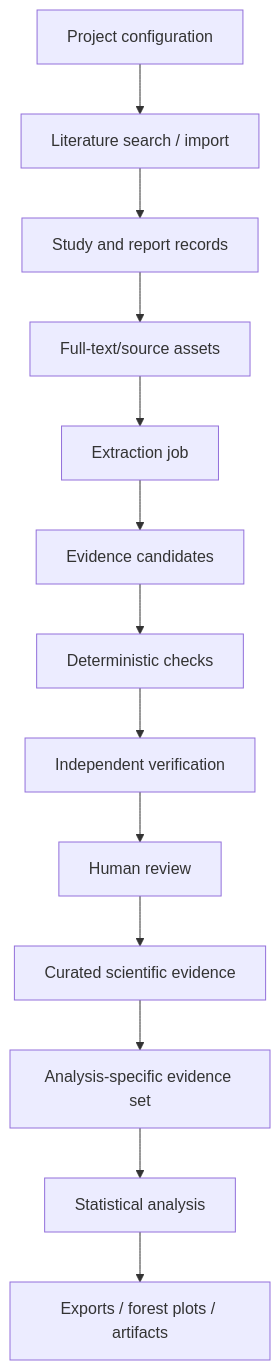
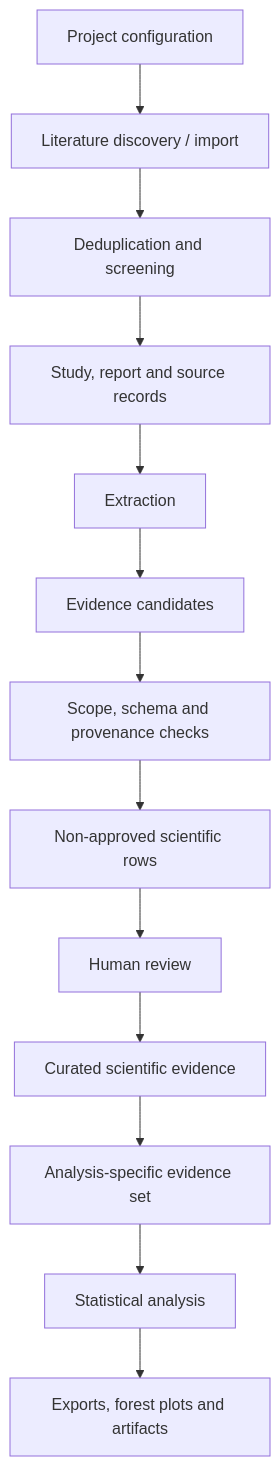
One commit to Niedharsan/meta-analysis-platform changed the diagram in docs/architecture.md. Above: the diagram before and after it, drawn with Mermaid. The commit also changed other lines of this file and 11 other files, not shown here.

````diff
--- a/docs/architecture.md
+++ b/docs/architecture.md
@@ -7,15 +7,15 @@
 ```mermaid
 flowchart TD
-    A[Project configuration] --> B[Literature search / import]
-    B --> C[Study and report records]
-    C --> D[Full-text/source assets]
-    D --> E[Extraction job]
+    A[Project configuration] --> B[Literature discovery / import]
+    B --> C[Deduplication and screening]
+    C --> D[Study, report and source records]
+    D --> E[Extraction]
     E --> F[Evidence candidates]
-    F --> G[Deterministic checks]
-    G --> H[Independent verification]
+    F --> G[Scope, schema and provenance checks]
+    G --> H[Non-approved scientific rows]
     H --> I[Human review]
     I --> J[Curated scientific evidence]
     J --> K[Analysis-specific evidence set]
     K --> L[Statistical analysis]
-    L --> M[Exports / forest plots / artifacts]
+    L --> M[Exports, forest plots and artifacts]
 ```
````
